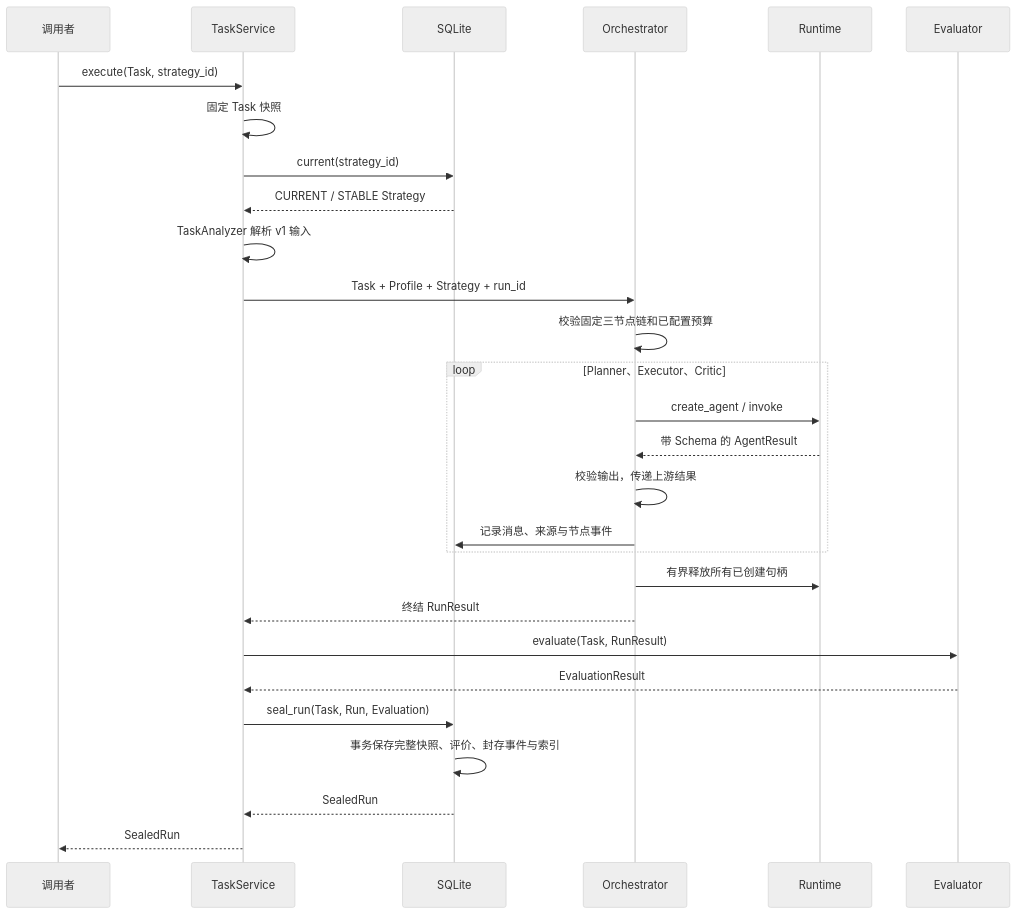
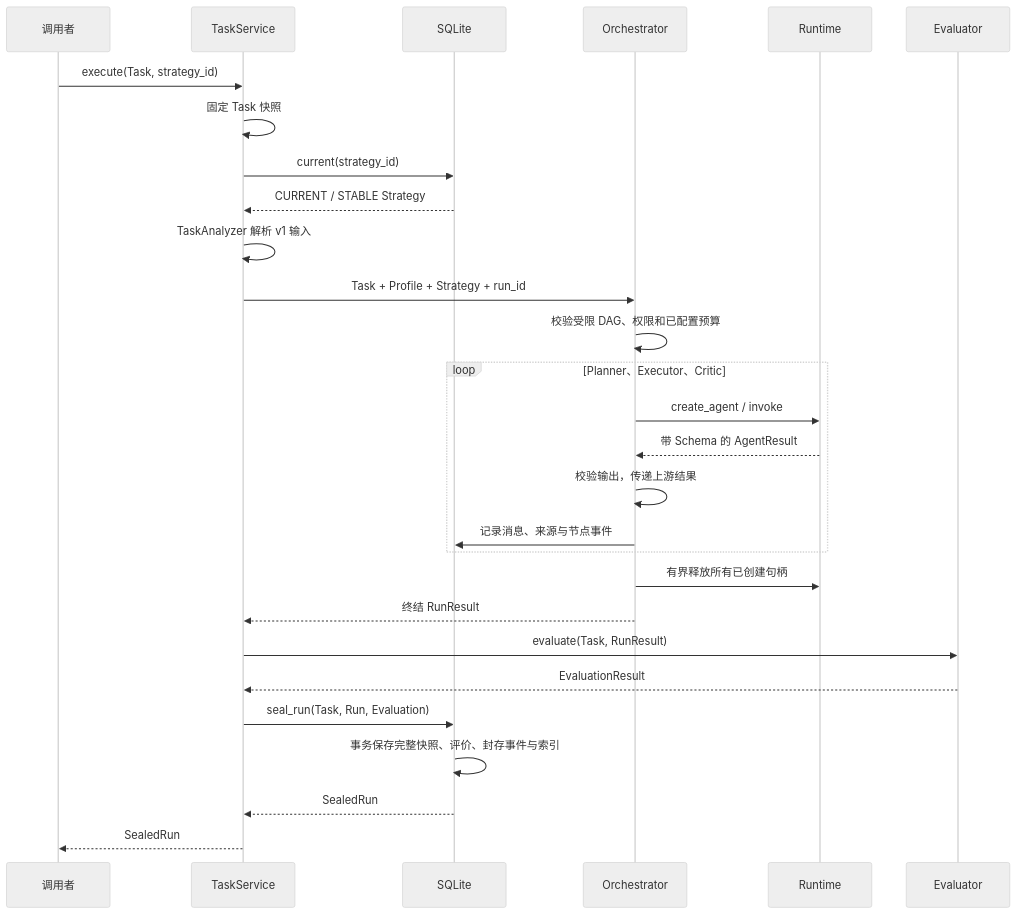
One commit to Zhong0118/EvoTeam changed the second of 2 diagrams in docs/SYSTEM_WALKTHROUGH.md. Above: the diagram before and after it, drawn with Mermaid (neutral theme). The commit also changed other lines of this file and 59 other files, not shown here.

````diff
--- a/docs/SYSTEM_WALKTHROUGH.md
+++ b/docs/SYSTEM_WALKTHROUGH.md
@@ -130,30 +133,30 @@
 ```mermaid
 sequenceDiagram
     participant Caller as 调用者
     participant App as TaskService
     participant Store as SQLite
     participant Orch as Orchestrator
     participant Runtime as Runtime
     participant Eval as Evaluator
     Caller->>App: execute(Task, strategy_id)
     App->>App: 固定 Task 快照
     App->>Store: current(strategy_id)
     Store-->>App: CURRENT / STABLE Strategy
     App->>App: TaskAnalyzer 解析 v1 输入
     App->>Orch: Task + Profile + Strategy + run_id
-    Orch->>Orch: 校验固定三节点链和已配置预算
+    Orch->>Orch: 校验受限 DAG、权限和已配置预算
     loop Planner、Executor、Critic
         Orch->>Runtime: create_agent / invoke
         Runtime-->>Orch: 带 Schema 的 AgentResult
         Orch->>Orch: 校验输出，传递上游结果
         Orch->>Store: 记录消息、来源与节点事件
     end
     Orch->>Runtime: 有界释放所有已创建句柄
     Orch-->>App: 终结 RunResult
     App->>Eval: evaluate(Task, RunResult)
     Eval-->>App: EvaluationResult
     App->>Store: seal_run(Task, Run, Evaluation)
     Store->>Store: 事务保存完整快照、评价、封存事件与索引
     Store-->>App: SealedRun
     App-->>Caller: SealedRun
 ```
````
